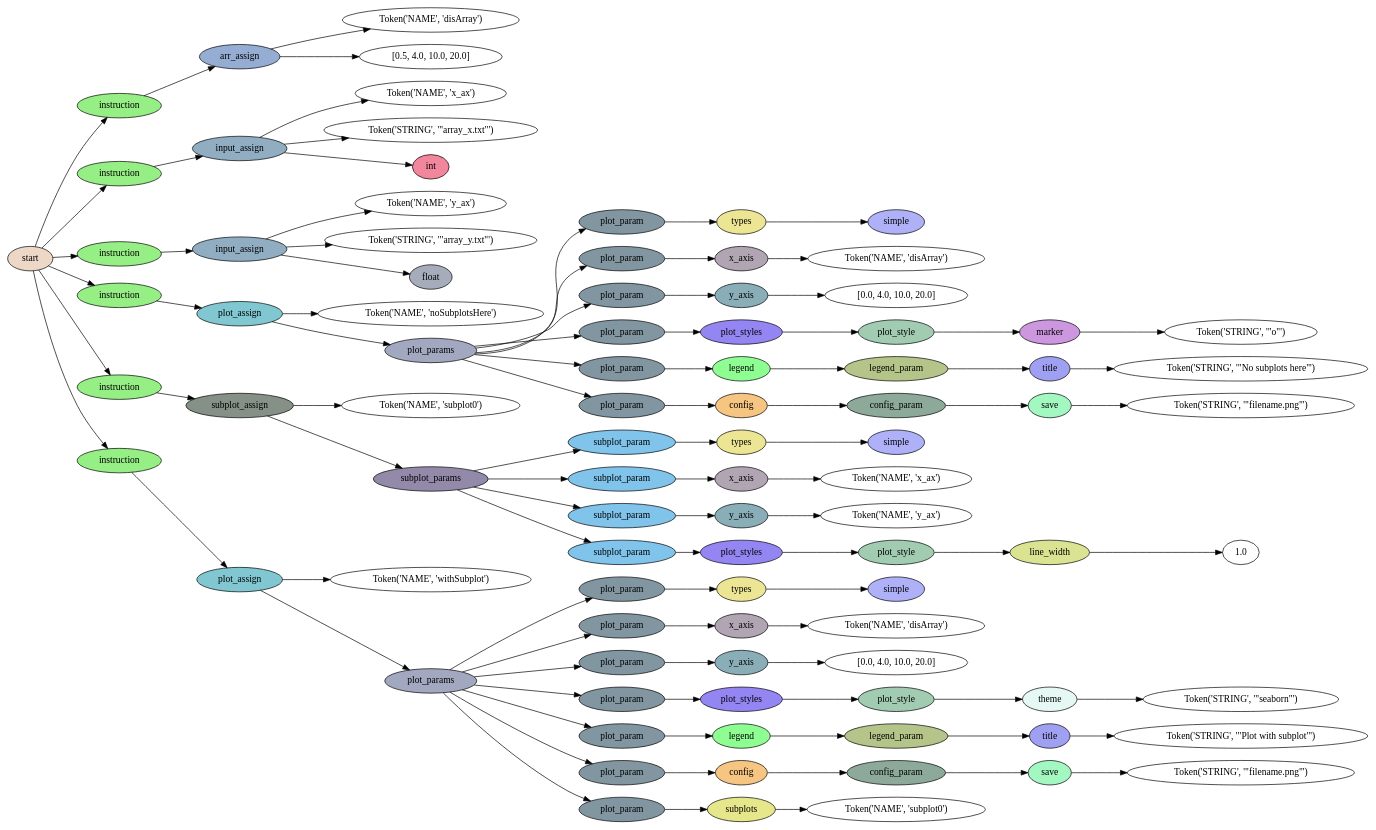
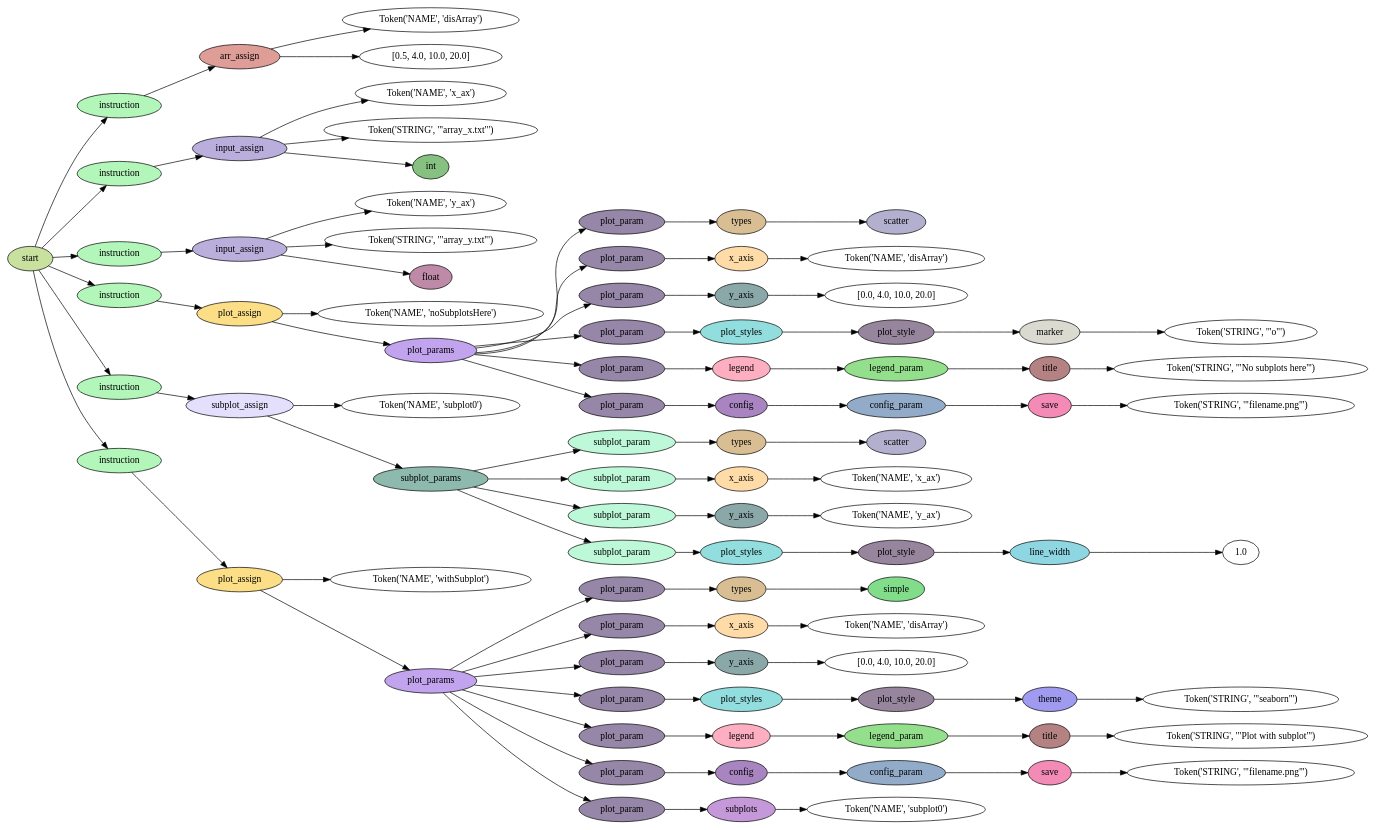
Before and after one commit to nichitaa/dsl: the diagram in parseTree/parseTree.dot, drawn with Graphviz. The commit also changed 5 other files, not shown here.

Commit message:
added scatter plot

```diff
--- a/parseTree/parseTree.dot
+++ b/parseTree/parseTree.dot
@@ -1,186 +1,186 @@
 digraph G {
 rankdir=LR;
 0 [label="Token('NAME', 'disArray')"];
 1 [label="[0.5, 4.0, 10.0, 20.0]"];
-2 [fillcolor="#96add3", label=arr_assign, style=filled];
+2 [fillcolor="#df9d98", label=arr_assign, style=filled];
 2 -> 0;
 2 -> 1;
-3 [fillcolor="#96ef85", label=instruction, style=filled];
+3 [fillcolor="#b2f7b9", label=instruction, style=filled];
 3 -> 2;
 4 [label="Token('NAME', 'x_ax')"];
 5 [label="Token('STRING', '\"array_x.txt\"')"];
-6 [fillcolor="#f2869d", label=int, style=filled];
-7 [fillcolor="#90adc2", label=input_assign, style=filled];
+6 [fillcolor="#87c182", label=int, style=filled];
+7 [fillcolor="#b9aedc", label=input_assign, style=filled];
 7 -> 4;
 7 -> 5;
 7 -> 6;
-8 [fillcolor="#96ef85", label=instruction, style=filled];
+8 [fillcolor="#b2f7b9", label=instruction, style=filled];
 8 -> 7;
 9 [label="Token('NAME', 'y_ax')"];
 10 [label="Token('STRING', '\"array_y.txt\"')"];
-11 [fillcolor="#a7acbb", label=float, style=filled];
-12 [fillcolor="#90adc2", label=input_assign, style=filled];
+11 [fillcolor="#bf89a8", label=float, style=filled];
+12 [fillcolor="#b9aedc", label=input_assign, style=filled];
 12 -> 9;
 12 -> 10;
 12 -> 11;
-13 [fillcolor="#96ef85", label=instruction, style=filled];
+13 [fillcolor="#b2f7b9", label=instruction, style=filled];
 13 -> 12;
 14 [label="Token('NAME', 'noSubplotsHere')"];
-15 [fillcolor="#aeb1f7", label=simple, style=filled];
-16 [fillcolor="#ece594", label=types, style=filled];
+15 [fillcolor="#b3b0cf", label=scatter, style=filled];
+16 [fillcolor="#d9bd93", label=types, style=filled];
 16 -> 15;
-17 [fillcolor="#8196a0", label=plot_param, style=filled];
+17 [fillcolor="#9686a8", label=plot_param, style=filled];
 17 -> 16;
 18 [label="Token('NAME', 'disArray')"];
-19 [fillcolor="#b1a4b3", label=x_axis, style=filled];
+19 [fillcolor="#ffdba8", label=x_axis, style=filled];
 19 -> 18;
-20 [fillcolor="#8196a0", label=plot_param, style=filled];
+20 [fillcolor="#9686a8", label=plot_param, style=filled];
 20 -> 19;
 21 [label="[0.0, 4.0, 10.0, 20.0]"];
-22 [fillcolor="#89aeb8", label=y_axis, style=filled];
+22 [fillcolor="#8ba8a9", label=y_axis, style=filled];
 22 -> 21;
-23 [fillcolor="#8196a0", label=plot_param, style=filled];
+23 [fillcolor="#9686a8", label=plot_param, style=filled];
 23 -> 22;
 24 [label="Token('STRING', '\"o\"')"];
-25 [fillcolor="#cd97df", label=marker, style=filled];
+25 [fillcolor="#dadad0", label=marker, style=filled];
 25 -> 24;
-26 [fillcolor="#a2ccb1", label=plot_style, style=filled];
+26 [fillcolor="#97859d", label=plot_style, style=filled];
 26 -> 25;
-27 [fillcolor="#9386f3", label=plot_styles, style=filled];
+27 [fillcolor="#92ddde", label=plot_styles, style=filled];
 27 -> 26;
-28 [fillcolor="#8196a0", label=plot_param, style=filled];
+28 [fillcolor="#9686a8", label=plot_param, style=filled];
 28 -> 27;
 29 [label="Token('STRING', '\"No subplots here\"')"];
-30 [fillcolor="#a0a0f3", label=title, style=filled];
+30 [fillcolor="#b48283", label=title, style=filled];
 30 -> 29;
-31 [fillcolor="#b5c488", label=legend_param, style=filled];
+31 [fillcolor="#93df8b", label=legend_param, style=filled];
 31 -> 30;
-32 [fillcolor="#8efe93", label=legend, style=filled];
+32 [fillcolor="#fdaec1", label=legend, style=filled];
 32 -> 31;
-33 [fillcolor="#8196a0", label=plot_param, style=filled];
+33 [fillcolor="#9686a8", label=plot_param, style=filled];
 33 -> 32;
 34 [label="Token('STRING', '\"filename.png\"')"];
-35 [fillcolor="#a3f7c1", label=save, style=filled];
+35 [fillcolor="#f38bb6", label=save, style=filled];
 35 -> 34;
-36 [fillcolor="#8ca999", label=config_param, style=filled];
+36 [fillcolor="#92abc8", label=config_param, style=filled];
 36 -> 35;
-37 [fillcolor="#f5c581", label=config, style=filled];
+37 [fillcolor="#a885c0", label=config, style=filled];
 37 -> 36;
-38 [fillcolor="#8196a0", label=plot_param, style=filled];
+38 [fillcolor="#9686a8", label=plot_param, style=filled];
 38 -> 37;
-39 [fillcolor="#a2a8bf", label=plot_params, style=filled];
+39 [fillcolor="#c2a3ee", label=plot_params, style=filled];
 39 -> 17;
 39 -> 20;
 39 -> 23;
 39 -> 28;
 39 -> 33;
 39 -> 38;
-40 [fillcolor="#81c7d1", label=plot_assign, style=filled];
+40 [fillcolor="#fbde86", label=plot_assign, style=filled];
 40 -> 14;
 40 -> 39;
-41 [fillcolor="#96ef85", label=instruction, style=filled];
+41 [fillcolor="#b2f7b9", label=instruction, style=filled];
 41 -> 40;
 42 [label="Token('NAME', 'subplot0')"];
-43 [fillcolor="#aeb1f7", label=simple, style=filled];
-44 [fillcolor="#ece594", label=types, style=filled];
+43 [fillcolor="#b3b0cf", label=scatter, style=filled];
+44 [fillcolor="#d9bd93", label=types, style=filled];
 44 -> 43;
-45 [fillcolor="#80c4ec", label=subplot_param, style=filled];
+45 [fillcolor="#bdf8d8", label=subplot_param, style=filled];
 45 -> 44;
 46 [label="Token('NAME', 'x_ax')"];
-47 [fillcolor="#b1a4b3", label=x_axis, style=filled];
+47 [fillcolor="#ffdba8", label=x_axis, style=filled];
 47 -> 46;
-48 [fillcolor="#80c4ec", label=subplot_param, style=filled];
+48 [fillcolor="#bdf8d8", label=subplot_param, style=filled];
 48 -> 47;
 49 [label="Token('NAME', 'y_ax')"];
-50 [fillcolor="#89aeb8", label=y_axis, style=filled];
+50 [fillcolor="#8ba8a9", label=y_axis, style=filled];
 50 -> 49;
-51 [fillcolor="#80c4ec", label=subplot_param, style=filled];
+51 [fillcolor="#bdf8d8", label=subplot_param, style=filled];
 51 -> 50;
 52 [label="1.0"];
-53 [fillcolor="#d9e391", label=line_width, style=filled];
+53 [fillcolor="#8fd6e3", label=line_width, style=filled];
 53 -> 52;
-54 [fillcolor="#a2ccb1", label=plot_style, style=filled];
+54 [fillcolor="#97859d", label=plot_style, style=filled];
 54 -> 53;
-55 [fillcolor="#9386f3", label=plot_styles, style=filled];
+55 [fillcolor="#92ddde", label=plot_styles, style=filled];
 55 -> 54;
-56 [fillcolor="#80c4ec", label=subplot_param, style=filled];
+56 [fillcolor="#bdf8d8", label=subplot_param, style=filled];
 56 -> 55;
-57 [fillcolor="#938aaa", label=subplot_params, style=filled];
+57 [fillcolor="#8ebaae", label=subplot_params, style=filled];
 57 -> 45;
 57 -> 48;
 57 -> 51;
 57 -> 56;
-58 [fillcolor="#859087", label=subplot_assign, style=filled];
+58 [fillcolor="#e5dffe", label=subplot_assign, style=filled];
 58 -> 42;
 58 -> 57;
-59 [fillcolor="#96ef85", label=instruction, style=filled];
+59 [fillcolor="#b2f7b9", label=instruction, style=filled];
 59 -> 58;
 60 [label="Token('NAME', 'withSubplot')"];
-61 [fillcolor="#aeb1f7", label=simple, style=filled];
-62 [fillcolor="#ece594", label=types, style=filled];
+61 [fillcolor="#81dd89", label=simple, style=filled];
+62 [fillcolor="#d9bd93", label=types, style=filled];
 62 -> 61;
-63 [fillcolor="#8196a0", label=plot_param, style=filled];
+63 [fillcolor="#9686a8", label=plot_param, style=filled];
 63 -> 62;
 64 [label="Token('NAME', 'disArray')"];
-65 [fillcolor="#b1a4b3", label=x_axis, style=filled];
+65 [fillcolor="#ffdba8", label=x_axis, style=filled];
 65 -> 64;
-66 [fillcolor="#8196a0", label=plot_param, style=filled];
+66 [fillcolor="#9686a8", label=plot_param, style=filled];
 66 -> 65;
 67 [label="[0.0, 4.0, 10.0, 20.0]"];
-68 [fillcolor="#89aeb8", label=y_axis, style=filled];
+68 [fillcolor="#8ba8a9", label=y_axis, style=filled];
 68 -> 67;
-69 [fillcolor="#8196a0", label=plot_param, style=filled];
+69 [fillcolor="#9686a8", label=plot_param, style=filled];
 69 -> 68;
 70 [label="Token('STRING', '\"seaborn\"')"];
-71 [fillcolor="#e6f8f4", label=theme, style=filled];
+71 [fillcolor="#a09bf0", label=theme, style=filled];
 71 -> 70;
-72 [fillcolor="#a2ccb1", label=plot_style, style=filled];
+72 [fillcolor="#97859d", label=plot_style, style=filled];
 72 -> 71;
-73 [fillcolor="#9386f3", label=plot_styles, style=filled];
+73 [fillcolor="#92ddde", label=plot_styles, style=filled];
 73 -> 72;
-74 [fillcolor="#8196a0", label=plot_param, style=filled];
+74 [fillcolor="#9686a8", label=plot_param, style=filled];
 74 -> 73;
 75 [label="Token('STRING', '\"Plot with subplot\"')"];
-76 [fillcolor="#a0a0f3", label=title, style=filled];
+76 [fillcolor="#b48283", label=title, style=filled];
 76 -> 75;
-77 [fillcolor="#b5c488", label=legend_param, style=filled];
+77 [fillcolor="#93df8b", label=legend_param, style=filled];
 77 -> 76;
-78 [fillcolor="#8efe93", label=legend, style=filled];
+78 [fillcolor="#fdaec1", label=legend, style=filled];
 78 -> 77;
-79 [fillcolor="#8196a0", label=plot_param, style=filled];
+79 [fillcolor="#9686a8", label=plot_param, style=filled];
 79 -> 78;
 80 [label="Token('STRING', '\"filename.png\"')"];
-81 [fillcolor="#a3f7c1", label=save, style=filled];
+81 [fillcolor="#f38bb6", label=save, style=filled];
 81 -> 80;
-82 [fillcolor="#8ca999", label=config_param, style=filled];
+82 [fillcolor="#92abc8", label=config_param, style=filled];
 82 -> 81;
-83 [fillcolor="#f5c581", label=config, style=filled];
+83 [fillcolor="#a885c0", label=config, style=filled];
 83 -> 82;
-84 [fillcolor="#8196a0", label=plot_param, style=filled];
+84 [fillcolor="#9686a8", label=plot_param, style=filled];
 84 -> 83;
 85 [label="Token('NAME', 'subplot0')"];
-86 [fillcolor="#e6e78a", label=subplots, style=filled];
+86 [fillcolor="#c599d9", label=subplots, style=filled];
 86 -> 85;
-87 [fillcolor="#8196a0", label=plot_param, style=filled];
+87 [fillcolor="#9686a8", label=plot_param, style=filled];
 87 -> 86;
-88 [fillcolor="#a2a8bf", label=plot_params, style=filled];
+88 [fillcolor="#c2a3ee", label=plot_params, style=filled];
 88 -> 63;
 88 -> 66;
 88 -> 69;
 88 -> 74;
 88 -> 79;
 88 -> 84;
 88 -> 87;
-89 [fillcolor="#81c7d1", label=plot_assign, style=filled];
+89 [fillcolor="#fbde86", label=plot_assign, style=filled];
 89 -> 60;
 89 -> 88;
-90 [fillcolor="#96ef85", label=instruction, style=filled];
+90 [fillcolor="#b2f7b9", label=instruction, style=filled];
 90 -> 89;
-91 [fillcolor="#edd7c7", label=start, style=filled];
+91 [fillcolor="#c9e19e", label=start, style=filled];
 91 -> 3;
 91 -> 8;
 91 -> 13;
 91 -> 41;
 91 -> 59;
 91 -> 90;
 }
```
